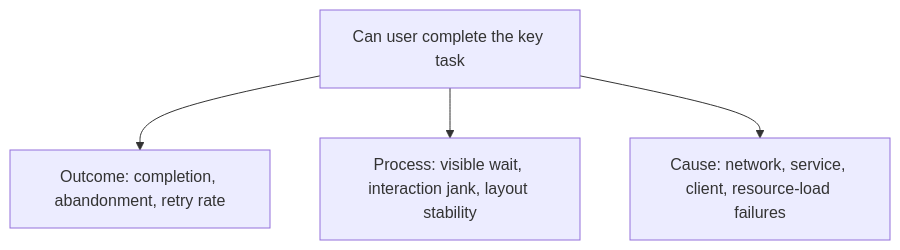
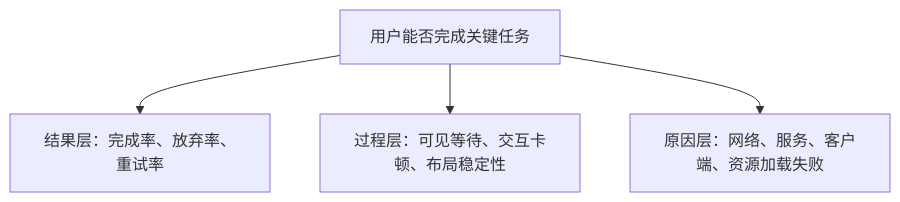
One commit to Liyuk/liyuk.github.io changed the diagram in src/content/writing/2021/03/data-definitions-are-collaboration-interfaces/zh.md. Above: the diagram before and after it, drawn with Mermaid. The commit also changed other lines of this file and 143 other files, not shown here.

First line of the commit message:
Refresh bilingual content and site architecture

````diff
--- a/src/content/writing/2021/03/data-definitions-are-collaboration-interfaces/zh.md
+++ b/src/content/writing/2021/03/data-definitions-are-collaboration-interfaces/zh.md
@@ -74,6 +74,6 @@
 ```mermaid
 flowchart TD
-    A["Can user complete the key task"] --> B["Outcome: completion, abandonment, retry rate"]
-    A --> C["Process: visible wait, interaction jank, layout stability"]
-    A --> D["Cause: network, service, client, resource-load failures"]
+    A["用户能否完成关键任务"] --> B["结果层：完成率、放弃率、重试率"]
+    A --> C["过程层：可见等待、交互卡顿、布局稳定性"]
+    A --> D["原因层：网络、服务、客户端、资源加载失败"]
 ```
````
